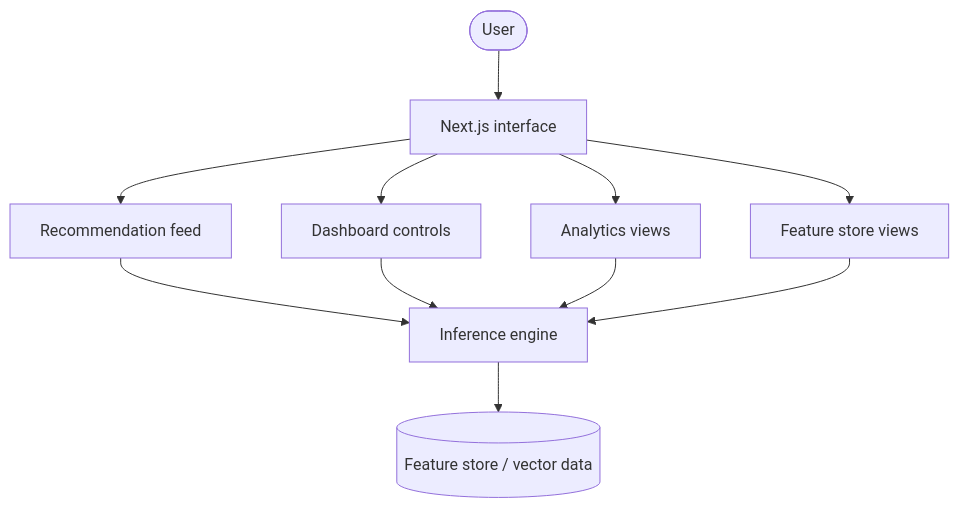
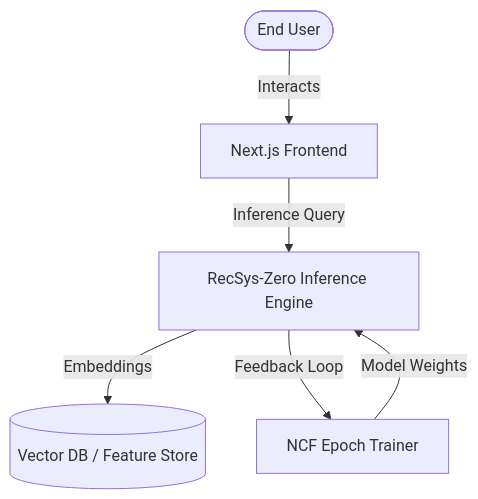
Before and after one commit to DEVANSHKANODIA/RecommendationSystem: the diagram in README.md, drawn with Mermaid. The commit also changed other lines of this file, not shown here.

Commit message:
docs: add Obsidian Charts integration block to README

````diff
--- a/README.md
+++ b/README.md
@@ -64,13 +41,8 @@
 ```mermaid
 graph TD
-    User([User]) --> UI[Next.js interface]
-    UI --> Feed[Recommendation feed]
-    UI --> Ops[Dashboard controls]
-    UI --> Metrics[Analytics views]
-    UI --> Store[Feature store views]
-    Feed --> Engine[Inference engine]
-    Ops --> Engine
-    Metrics --> Engine
-    Store --> Engine
-    Engine --> Features[(Feature store / vector data)]
+    User([End User]) -->|Interacts| UI[Next.js Frontend]
+    UI -->|Inference Query| RecEngine[RecSys-Zero Inference Engine]
+    RecEngine -->|Embeddings| VectorDB[(Vector DB / Feature Store)]
+    RecEngine -->|Feedback Loop| TrainingModel[NCF Epoch Trainer]
+    TrainingModel -->|Model Weights| RecEngine
 ```
````
